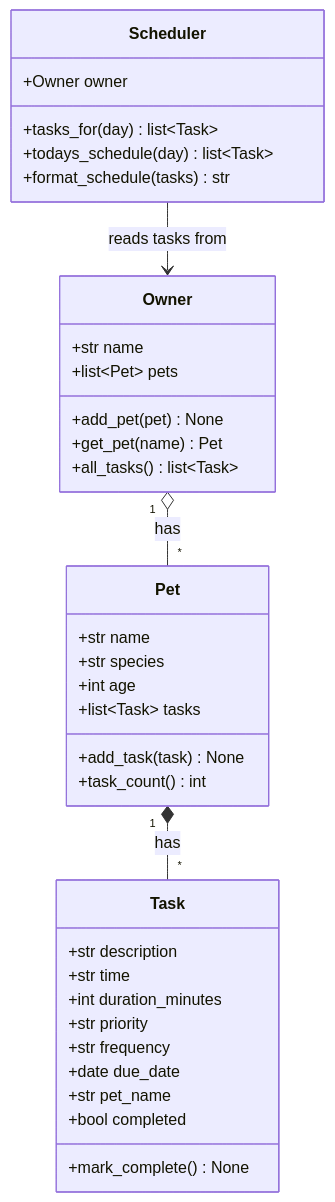
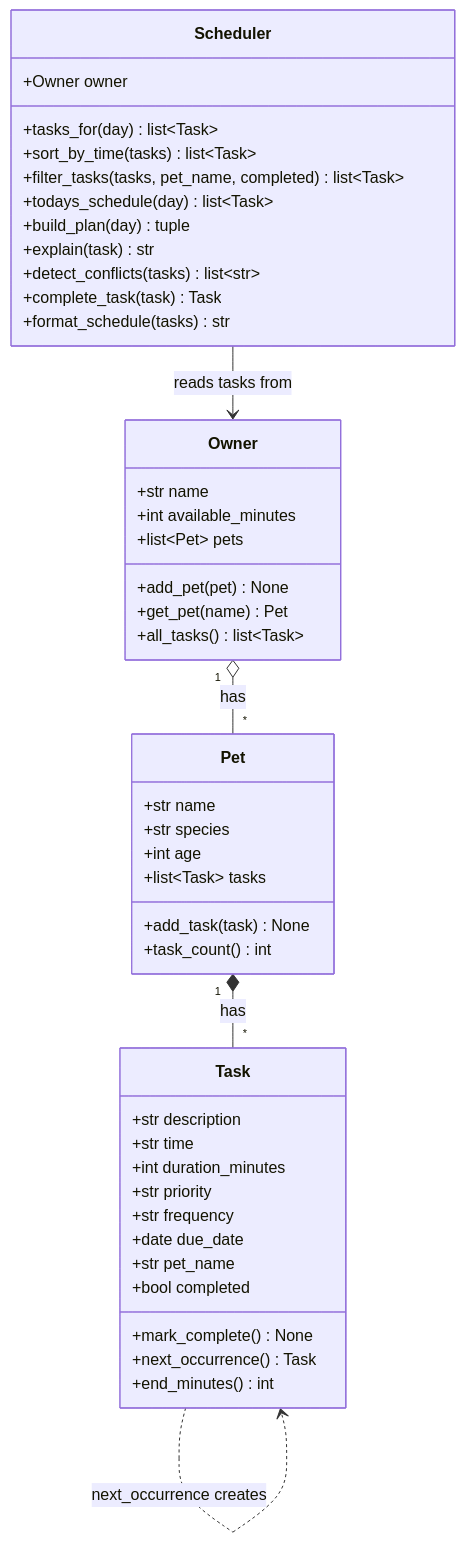
The diagram in diagrams/uml.mmd (rmedina2025fau/ai110-module2show-pawpal-starter), drawn with Mermaid before and after one commit. The commit also changed 6 other files, not shown here.

```diff
--- a/diagrams/uml.mmd
+++ b/diagrams/uml.mmd
@@ -1,40 +1,50 @@
 classDiagram
     class Owner {
         +str name
+        +int available_minutes
         +list~Pet~ pets
         +add_pet(pet) None
         +get_pet(name) Pet
         +all_tasks() list~Task~
     }
 
     class Pet {
         +str name
         +str species
         +int age
         +list~Task~ tasks
         +add_task(task) None
         +task_count() int
     }
 
     class Task {
         +str description
         +str time
         +int duration_minutes
         +str priority
         +str frequency
         +date due_date
         +str pet_name
         +bool completed
         +mark_complete() None
+        +next_occurrence() Task
+        +end_minutes() int
     }
 
     class Scheduler {
         +Owner owner
         +tasks_for(day) list~Task~
+        +sort_by_time(tasks) list~Task~
+        +filter_tasks(tasks, pet_name, completed) list~Task~
         +todays_schedule(day) list~Task~
+        +build_plan(day) tuple
+        +explain(task) str
+        +detect_conflicts(tasks) list~str~
+        +complete_task(task) Task
         +format_schedule(tasks) str
     }
 
     Owner "1" o-- "*" Pet : has
     Pet "1" *-- "*" Task : has
     Scheduler --> Owner : reads tasks from
+    Task ..> Task : next_occurrence creates
```
